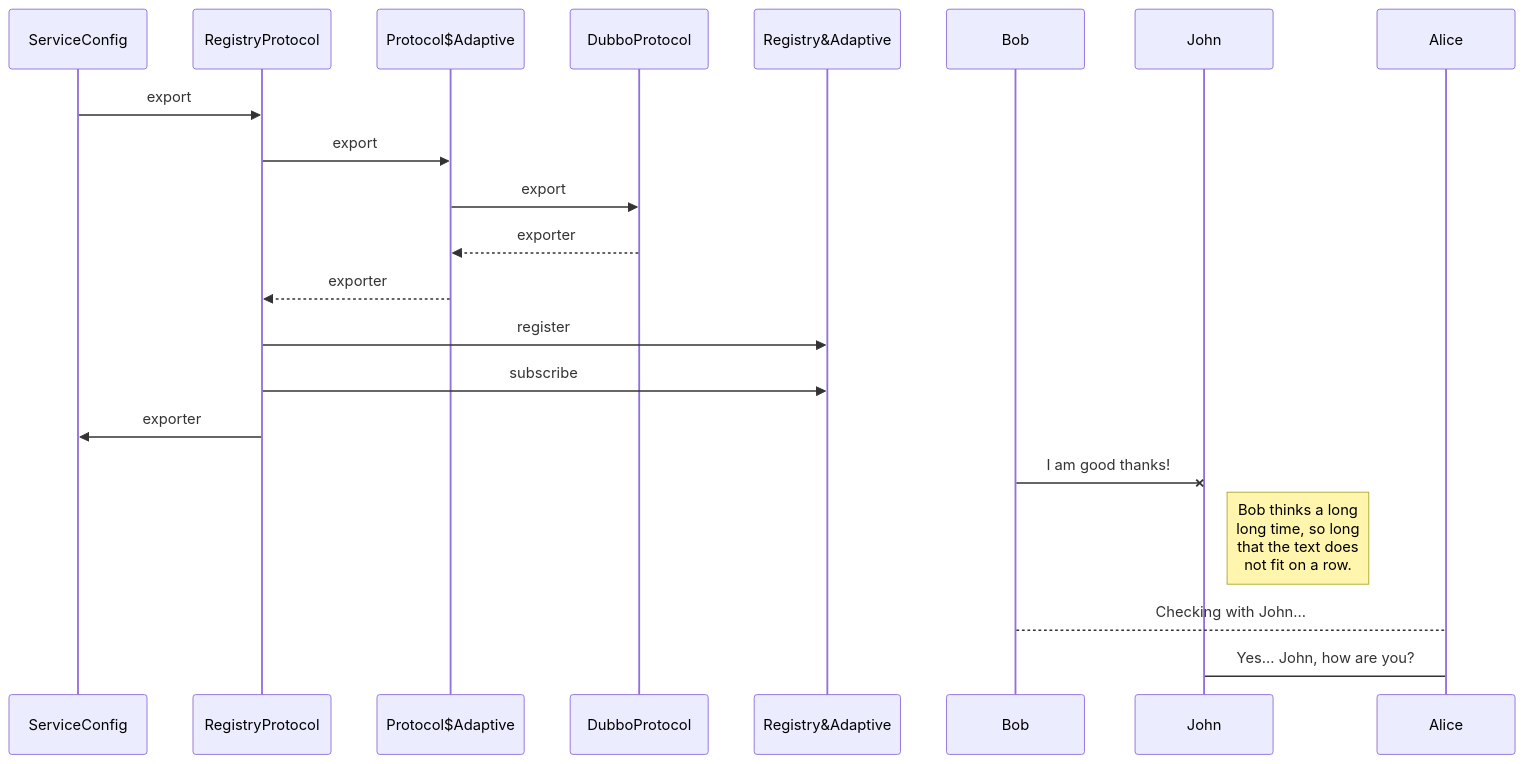
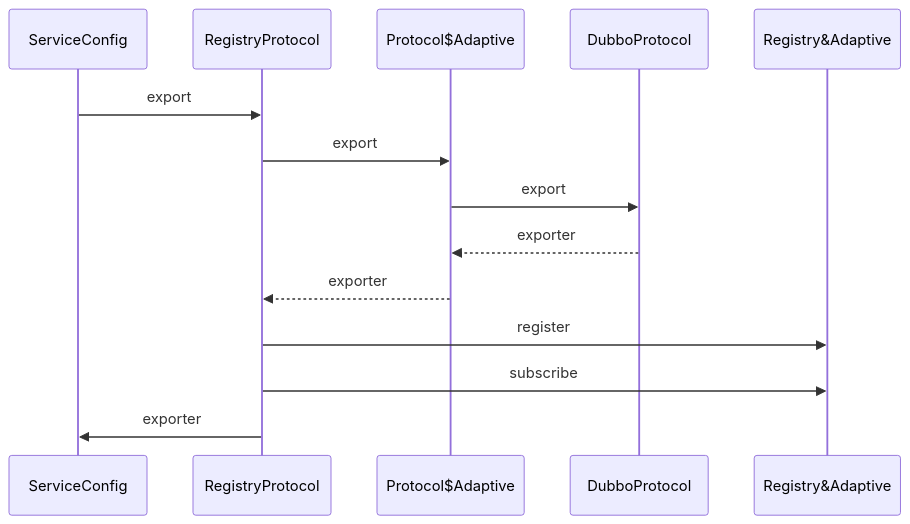
The diagram in dubbo/dubbo.md (zhudongdong/docs), drawn with Mermaid before and after one commit. The commit also changed other lines of this file, not shown here.

Commit message:
Uploaded by https://stackedit.io/

````diff
--- a/dubbo/dubbo.md
+++ b/dubbo/dubbo.md
@@ -144,16 +144,12 @@
 ```mermaid
 sequenceDiagram
 ServiceConfig ->> RegistryProtocol: export
 RegistryProtocol->>Protocol$Adaptive: export
 Protocol$Adaptive->> DubboProtocol: export
 DubboProtocol-->> Protocol$Adaptive:exporter
 Protocol$Adaptive-->> RegistryProtocol:exporter
 RegistryProtocol->>Registry&Adaptive:register
 RegistryProtocol->>Registry&Adaptive:subscribe
 RegistryProtocol->>ServiceConfig:exporter
-Bob-x John: I am good thanks!
-Note right of John: Bob thinks a long<br/>long time, so long<br/>that the text does<br/>not fit on a row.
 
-Bob-->Alice: Checking with John...
-Alice->John: Yes... John, how are you?
 ```
````
